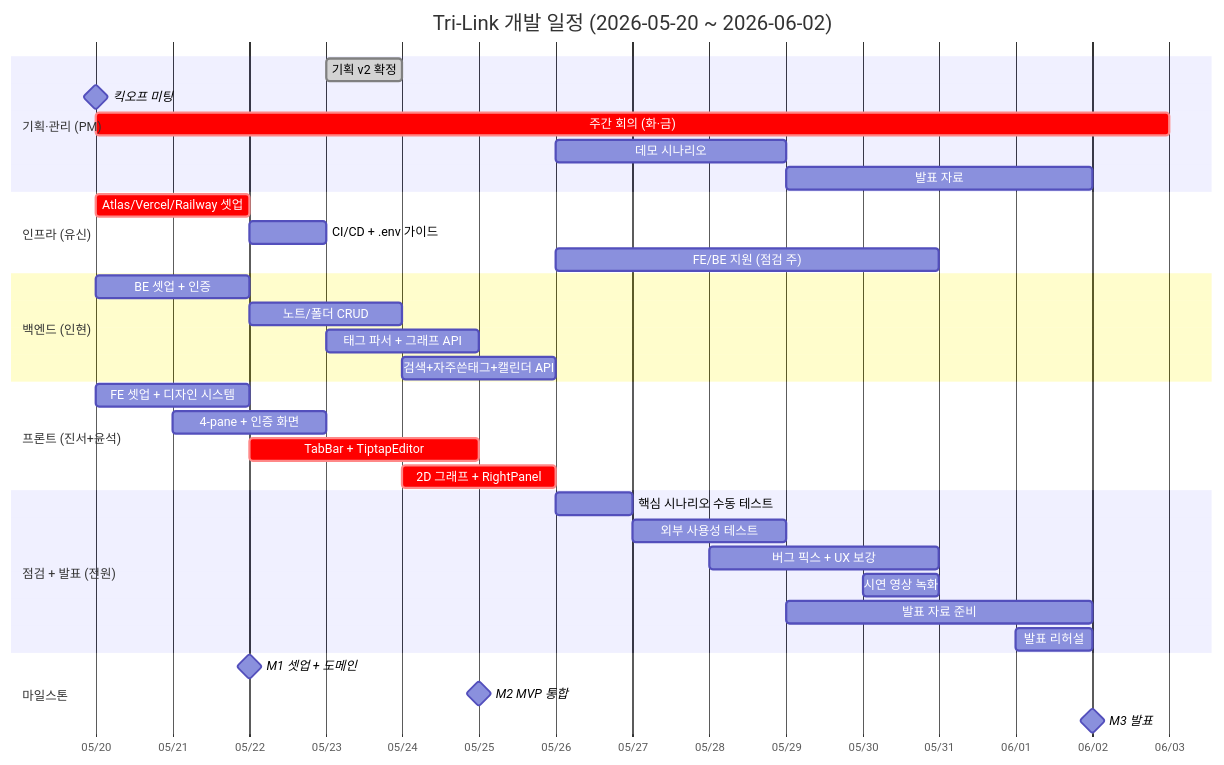
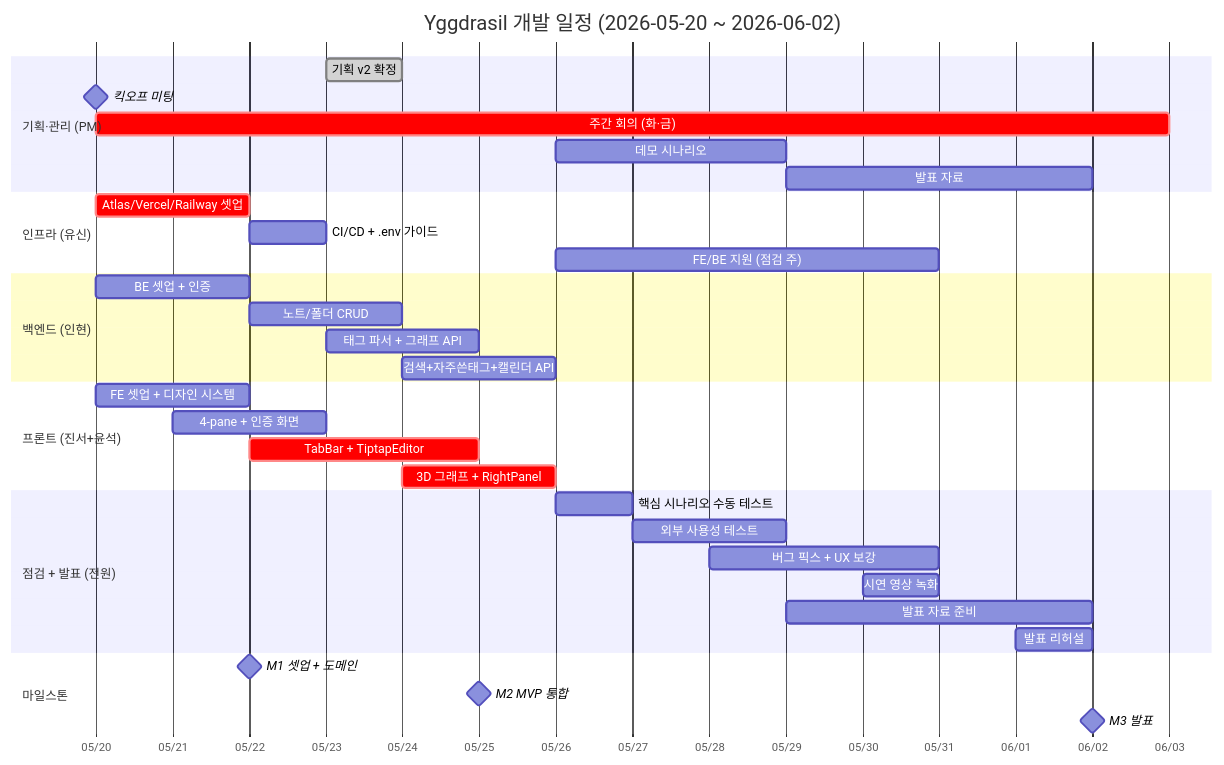
Before and after one commit to GC-Five-Guys/Docs: the diagram in 02_일정/개발_일정표.md, drawn with Mermaid. The commit also changed other lines of this file and 10 other files, not shown here.

````diff
--- a/02_일정/개발_일정표.md
+++ b/02_일정/개발_일정표.md
@@ -31,43 +50,43 @@
 ```mermaid
 gantt
-    title Tri-Link 개발 일정 (2026-05-20 ~ 2026-06-02)
+    title Yggdrasil 개발 일정 (2026-05-20 ~ 2026-06-02)
     dateFormat YYYY-MM-DD
     axisFormat %m/%d
 
     section 기획·관리 (PM)
     기획 v2 확정             :done, p1, 2026-05-23, 1d
     킥오프 미팅              :milestone, k1, 2026-05-20, 0d
     주간 회의 (화·금)         :crit, p2, 2026-05-20, 14d
     데모 시나리오            :p4, 2026-05-26, 3d
     발표 자료               :p5, 2026-05-29, 4d
 
     section 인프라 (유신)
     Atlas/Vercel/Railway 셋업:crit, i1, 2026-05-20, 2d
     CI/CD + .env 가이드      :i2, after i1, 1d
     FE/BE 지원 (점검 주)     :i3, 2026-05-26, 5d
 
     section 백엔드 (인현)
     BE 셋업 + 인증           :be1, 2026-05-20, 2d
     노트/폴더 CRUD           :be2, after be1, 2d
     태그 파서 + 그래프 API   :be3, 2026-05-23, 2d
     검색+자주쓴태그+캘린더 API:be4, 2026-05-24, 2d
 
     section 프론트 (진서+윤석)
     FE 셋업 + 디자인 시스템  :fe1, 2026-05-20, 2d
     4-pane + 인증 화면       :fe2, 2026-05-21, 2d
     TabBar + TiptapEditor   :crit, fe3, 2026-05-22, 3d
-    2D 그래프 + RightPanel  :crit, fe4, 2026-05-24, 2d
+    3D 그래프 + RightPanel  :crit, fe4, 2026-05-24, 2d
 
     section 점검 + 발표 (전원)
     핵심 시나리오 수동 테스트:t1, 2026-05-26, 1d
     외부 사용성 테스트       :t2, 2026-05-27, 2d
     버그 픽스 + UX 보강     :t3, 2026-05-28, 3d
     시연 영상 녹화           :t4, 2026-05-30, 1d
     발표 자료 준비           :t5, 2026-05-29, 4d
     발표 리허설             :t6, 2026-06-01, 1d
 
     section 마일스톤
     M1 셋업 + 도메인         :milestone, m1, 2026-05-22, 0d
     M2 MVP 통합              :milestone, m2, 2026-05-25, 0d
     M3 발표                  :milestone, m3, 2026-06-02, 0d
 ```
````
